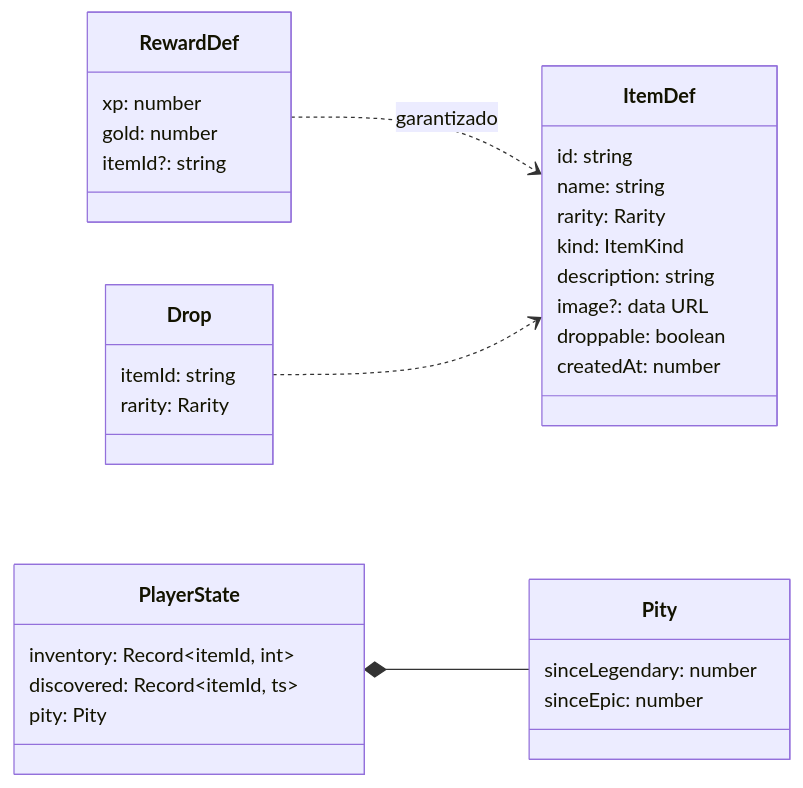
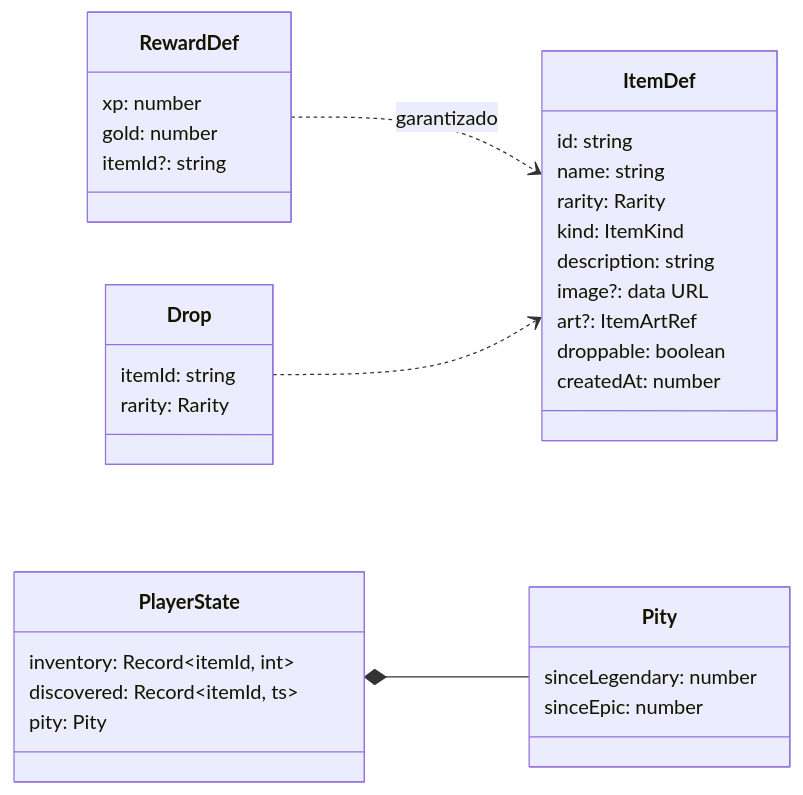
One commit to Carlos-Requena/Quest_Tareas changed the diagram in src/features/items/README.md. Above: the diagram before and after it, drawn with Mermaid. The commit also changed other lines of this file and 22 other files, not shown here.

````diff
--- a/src/features/items/README.md
+++ b/src/features/items/README.md
@@ -99,35 +101,36 @@
 ```mermaid
 classDiagram
     direction LR
     class ItemDef {
         id: string
         name: string
         rarity: Rarity
         kind: ItemKind
         description: string
         image?: data URL
+        art?: ItemArtRef
         droppable: boolean
         createdAt: number
     }
     class RewardDef {
         xp: number
         gold: number
         itemId?: string
     }
     class Drop {
         itemId: string
         rarity: Rarity
     }
     class Pity {
         sinceLegendary: number
         sinceEpic: number
     }
     class PlayerState {
         inventory: Record~itemId, int~
         discovered: Record~itemId, ts~
         pity: Pity
     }
     RewardDef ..> ItemDef : garantizado
     Drop ..> ItemDef
     PlayerState *-- Pity
 ```
````
